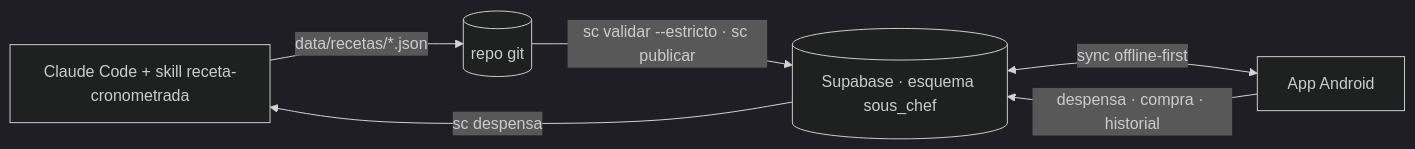
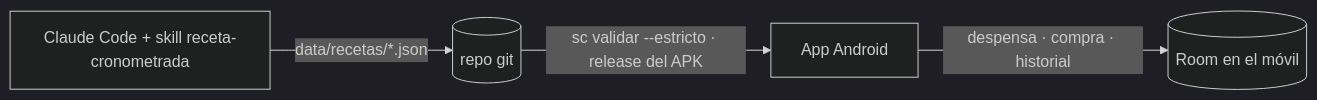
One commit to trombonet12/Sous-Chef changed the diagram in README.md. Above: the diagram before and after it, drawn with Mermaid (dark theme). The commit also changed other lines of this file and 62 other files, not shown here.

First line of the commit message:
chore: drop Supabase, sync and WorkManager docs; app is local-only (ADR-0007)

````diff
--- a/README.md
+++ b/README.md
@@ -25,8 +25,6 @@
 ```mermaid
 flowchart LR
   CC[Claude Code + skill receta-cronometrada] -->|data/recetas/*.json| R[(repo git)]
-  R -->|sc validar --estricto · sc publicar| S[(Supabase · esquema sous_chef)]
-  S <-->|sync offline-first| A[App Android]
-  A -->|despensa · compra · historial| S
-  S -->|sc despensa| CC
+  R -->|sc validar --estricto · release del APK| A[App Android]
+  A -->|despensa · compra · historial| Room[(Room en el móvil)]
 ```
````
